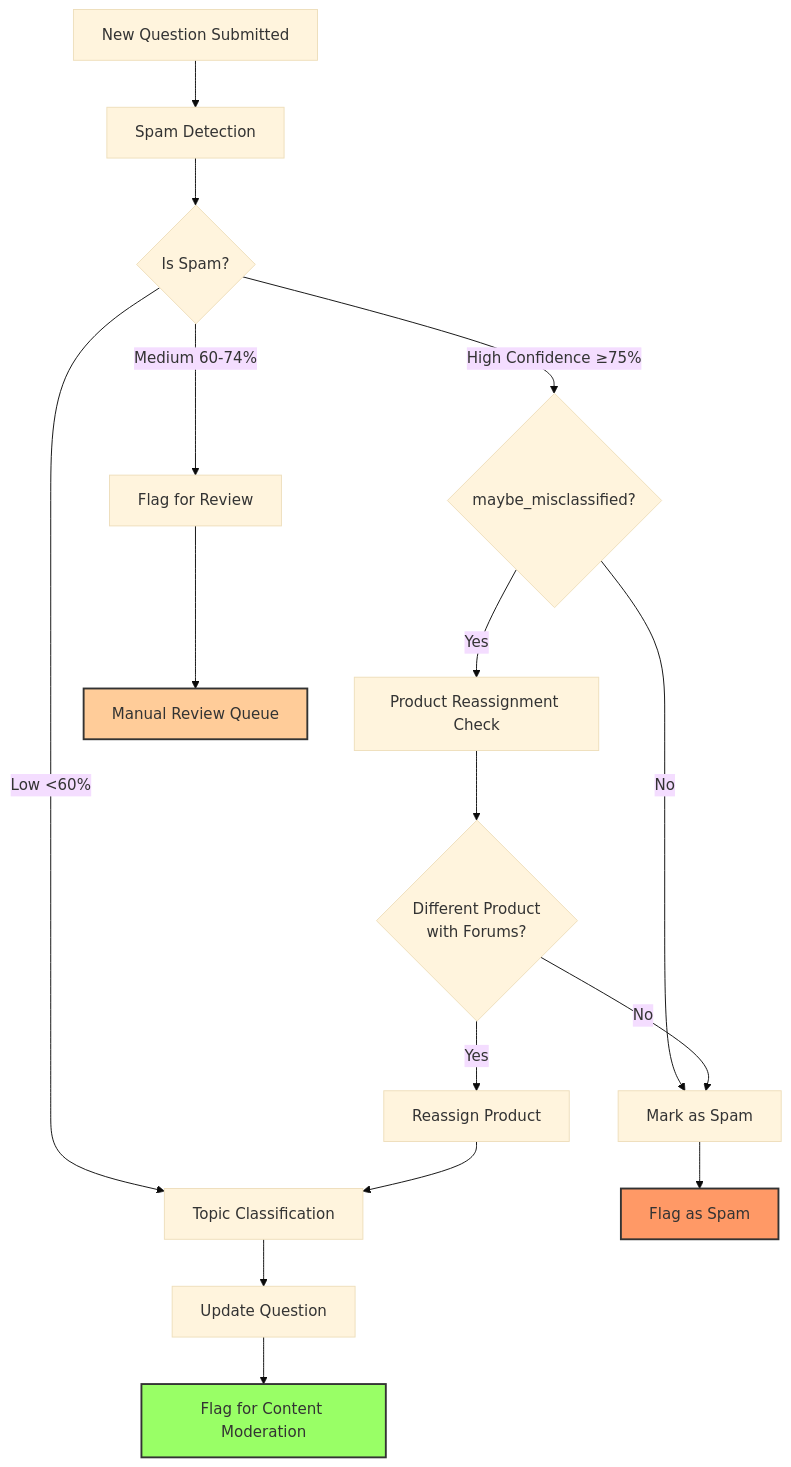
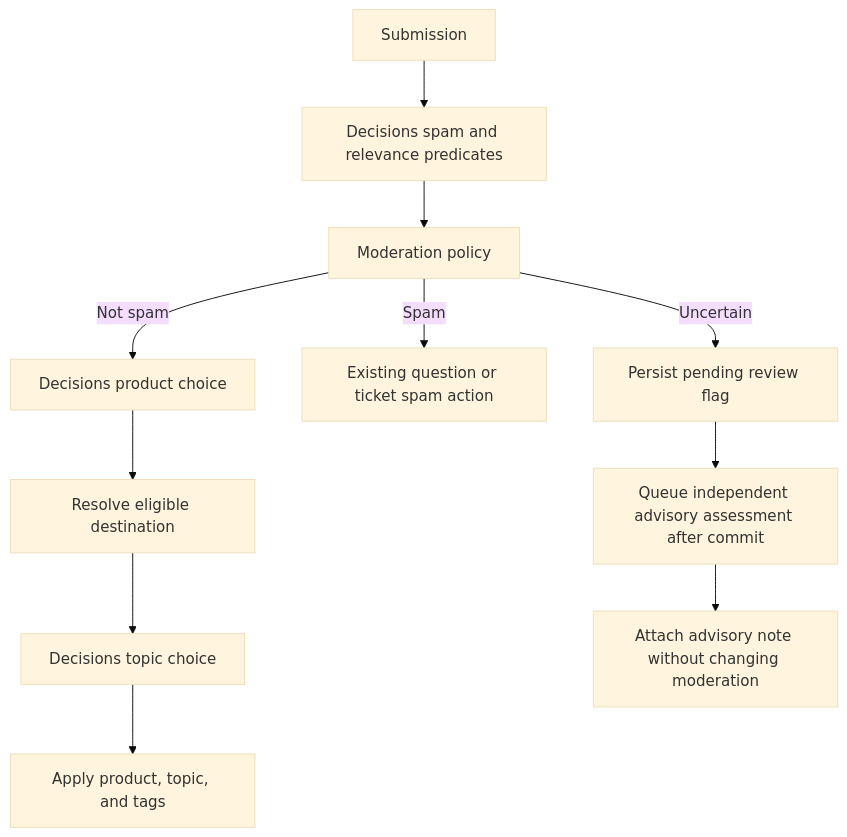
Before and after one commit to mozilla/kitsune: the diagram in docs/classifier.md, drawn with Mermaid (base theme). The commit also changed other lines of this file and 39 other files, not shown here.

Commit message:
Use Decisions API for spam and classification

````diff
--- a/docs/classifier.md
+++ b/docs/classifier.md
@@ -58,29 +7,13 @@
 ```mermaid
-graph TD
-    A[New Question Submitted] --> B[Spam Detection]
-    B --> C{Is Spam?}
-    C -->|High Confidence ≥75%| D{maybe_misclassified?}
-    C -->|Medium 60-74%| E[Flag for Review]
-    C -->|Low <60%| F[Topic Classification]
-
-    D -->|Yes| G[Product Reassignment Check]
-    D -->|No| H[Mark as Spam]
-
-    G --> I{Different Product<br/>with Forums?}
-    I -->|Yes| J[Reassign Product]
-    I -->|No| H
-
-    J --> F
-    E --> END1[Manual Review Queue]
-    F --> K[Update Question]
-    K --> L[Flag for Content Moderation]
-    H --> M[Flag as Spam]
-
-    END1:::pending
-    L:::success
-    M:::spam
-
-    classDef spam fill:#f96,stroke:#333,stroke-width:2px
-    classDef success fill:#9f6,stroke:#333,stroke-width:2px
-    classDef pending fill:#fc9,stroke:#333,stroke-width:2px
+flowchart TD
+    A[Submission] --> B[Decisions spam and relevance predicates]
+    B --> C[Moderation policy]
+    C -->|Not spam| D[Decisions product choice]
+    D --> E[Resolve eligible destination]
+    E --> F[Decisions topic choice]
+    F --> G[Apply product, topic, and tags]
+    C -->|Spam| H[Existing question or ticket spam action]
+    C -->|Uncertain| I[Persist pending review flag]
+    I --> J[Queue independent advisory assessment after commit]
+    J --> K[Attach advisory note without changing moderation]
 ```
````
